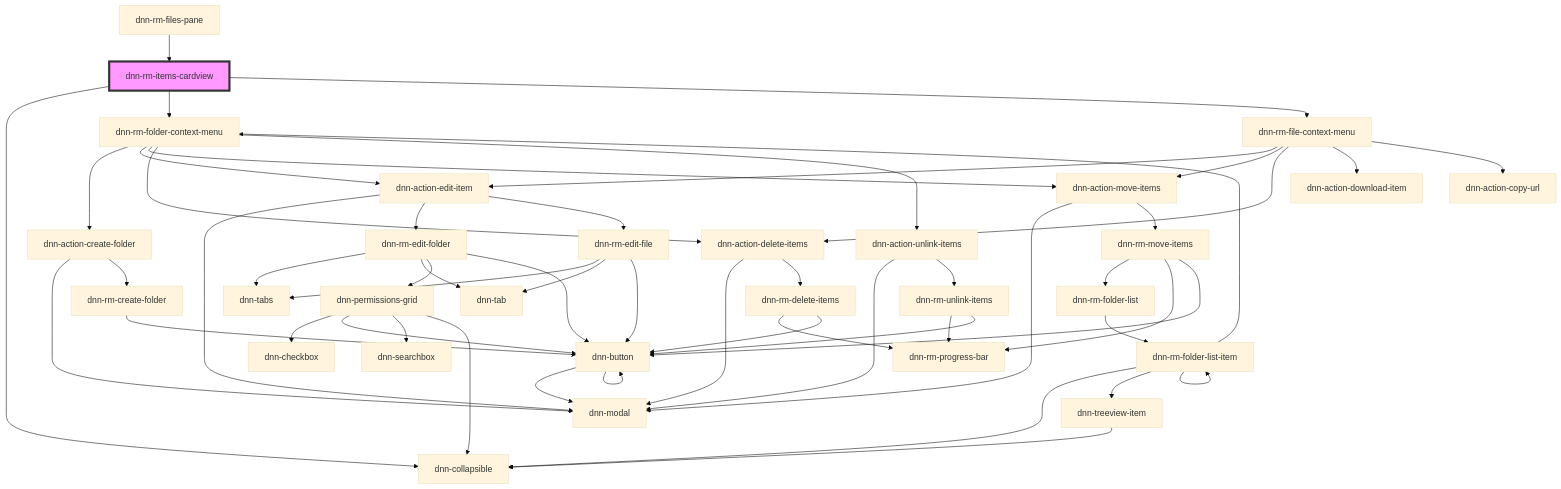
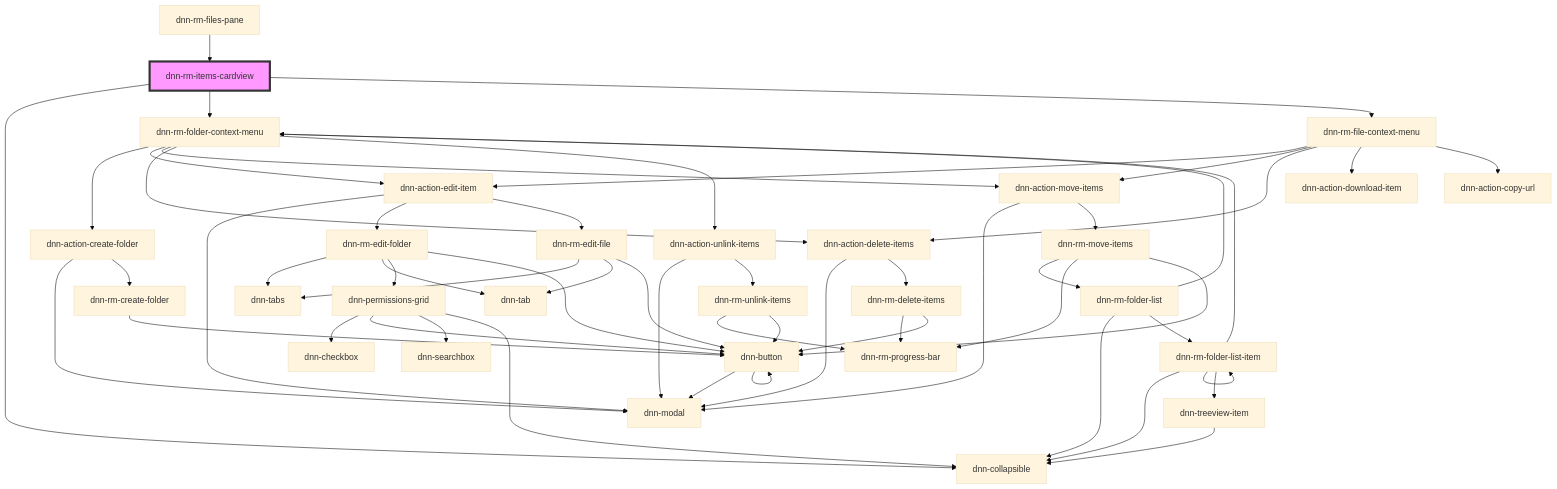
The diagram in DNN Platform/Modules/ResourceManager/ResourceManager.Web/src/components/dnn-rm-items-cardview/readme.md (dnnsoftware/Dnn.Platform), drawn with Mermaid (base theme) before and after one commit. The commit also changed 11 other files, not shown here.

````diff
--- a/DNN Platform/Modules/ResourceManager/ResourceManager.Web/src/components/dnn-rm-items-cardview/readme.md
+++ b/DNN Platform/Modules/ResourceManager/ResourceManager.Web/src/components/dnn-rm-items-cardview/readme.md
@@ -35,56 +35,58 @@
 ```mermaid
 graph TD;
   dnn-rm-items-cardview --> dnn-collapsible
   dnn-rm-items-cardview --> dnn-rm-folder-context-menu
   dnn-rm-items-cardview --> dnn-rm-file-context-menu
   dnn-rm-folder-context-menu --> dnn-action-create-folder
   dnn-rm-folder-context-menu --> dnn-action-edit-item
   dnn-rm-folder-context-menu --> dnn-action-move-items
   dnn-rm-folder-context-menu --> dnn-action-delete-items
   dnn-rm-folder-context-menu --> dnn-action-unlink-items
   dnn-action-create-folder --> dnn-modal
   dnn-action-create-folder --> dnn-rm-create-folder
   dnn-rm-create-folder --> dnn-button
   dnn-button --> dnn-modal
   dnn-button --> dnn-button
   dnn-action-edit-item --> dnn-modal
   dnn-action-edit-item --> dnn-rm-edit-folder
   dnn-action-edit-item --> dnn-rm-edit-file
   dnn-rm-edit-folder --> dnn-tabs
   dnn-rm-edit-folder --> dnn-tab
   dnn-rm-edit-folder --> dnn-permissions-grid
   dnn-rm-edit-folder --> dnn-button
   dnn-permissions-grid --> dnn-checkbox
   dnn-permissions-grid --> dnn-button
   dnn-permissions-grid --> dnn-searchbox
   dnn-permissions-grid --> dnn-collapsible
   dnn-rm-edit-file --> dnn-tabs
   dnn-rm-edit-file --> dnn-tab
   dnn-rm-edit-file --> dnn-button
   dnn-action-move-items --> dnn-modal
   dnn-action-move-items --> dnn-rm-move-items
   dnn-rm-move-items --> dnn-rm-folder-list
   dnn-rm-move-items --> dnn-rm-progress-bar
   dnn-rm-move-items --> dnn-button
+  dnn-rm-folder-list --> dnn-collapsible
+  dnn-rm-folder-list --> dnn-rm-folder-context-menu
   dnn-rm-folder-list --> dnn-rm-folder-list-item
   dnn-rm-folder-list-item --> dnn-collapsible
   dnn-rm-folder-list-item --> dnn-rm-folder-context-menu
   dnn-rm-folder-list-item --> dnn-treeview-item
   dnn-rm-folder-list-item --> dnn-rm-folder-list-item
   dnn-treeview-item --> dnn-collapsible
   dnn-action-delete-items --> dnn-modal
   dnn-action-delete-items --> dnn-rm-delete-items
   dnn-rm-delete-items --> dnn-rm-progress-bar
   dnn-rm-delete-items --> dnn-button
   dnn-action-unlink-items --> dnn-modal
   dnn-action-unlink-items --> dnn-rm-unlink-items
   dnn-rm-unlink-items --> dnn-rm-progress-bar
   dnn-rm-unlink-items --> dnn-button
   dnn-rm-file-context-menu --> dnn-action-edit-item
   dnn-rm-file-context-menu --> dnn-action-move-items
   dnn-rm-file-context-menu --> dnn-action-delete-items
   dnn-rm-file-context-menu --> dnn-action-download-item
   dnn-rm-file-context-menu --> dnn-action-copy-url
   dnn-rm-files-pane --> dnn-rm-items-cardview
   style dnn-rm-items-cardview fill:#f9f,stroke:#333,stroke-width:4px
 ```
````
